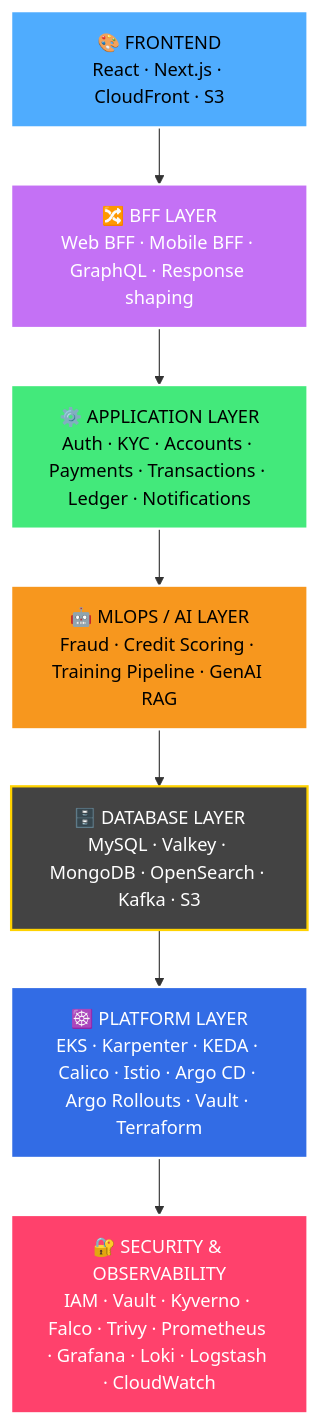
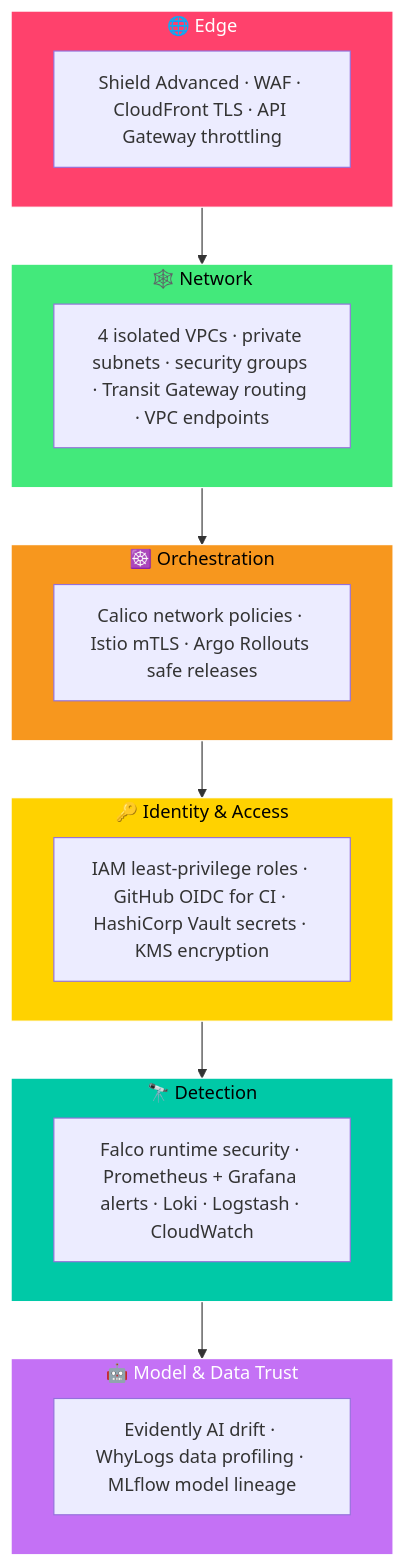
One commit to muntaha747/FinTech-Enterprise-Project changed the eighth of 25 diagrams in README.md. Above: the diagram before and after it, drawn with Mermaid. The commit also changed other lines of this file and 1 other file, not shown here.

First line of the commit message:
README: align the whole README with the two architecture diagrams [skip ci]

````diff
--- a/README.md
+++ b/README.md
@@ -728,20 +565,30 @@
 ```mermaid
 flowchart TB
-    L1["🎨 FRONTEND<br/>React · Next.js · CloudFront · S3"]:::l1
-    L2["🔀 BFF LAYER<br/>Web BFF · Mobile BFF · GraphQL · Response shaping"]:::l2
-    L3["⚙️ APPLICATION LAYER<br/>Auth · KYC · Accounts · Payments · Transactions · Ledger · Notifications"]:::l3
-    L4["🤖 MLOPS / AI LAYER<br/>Fraud · Credit Scoring · Training Pipeline · GenAI RAG"]:::l4
-    L5["🗄️ DATABASE LAYER<br/>MySQL · Valkey · MongoDB · OpenSearch · Kafka · S3"]:::l5
-    L6["☸️ PLATFORM LAYER<br/>EKS · Karpenter · KEDA · Calico · Istio · Argo CD · Argo Rollouts · Vault · Terraform"]:::l6
-    L7["🔐 SECURITY & OBSERVABILITY<br/>IAM · Vault · Kyverno · Falco · Trivy · Prometheus · Grafana · Loki · Logstash · CloudWatch"]:::l7
+    subgraph L1["🌐 Edge"]
+        E1[Shield Advanced · WAF · CloudFront TLS · API Gateway throttling]
+    end
+    subgraph L2["🕸️ Network"]
+        E2[4 isolated VPCs · private subnets · security groups · Transit Gateway routing · VPC endpoints]
+    end
+    subgraph L3["☸️ Orchestration"]
+        E3[Calico network policies · Istio mTLS · Argo Rollouts safe releases]
+    end
+    subgraph L4["🔑 Identity & Access"]
+        E4[IAM least-privilege roles · GitHub OIDC for CI · HashiCorp Vault secrets · KMS encryption]
+    end
+    subgraph L5["🔭 Detection"]
+        E5[Falco runtime security · Prometheus + Grafana alerts · Loki · Logstash · CloudWatch]
+    end
+    subgraph L6["🤖 Model & Data Trust"]
+        E6[Evidently AI drift · WhyLogs data profiling · MLflow model lineage]
+    end
 
-    L1 --> L2 --> L3 --> L4 --> L5 --> L6 --> L7
+    L1 --> L2 --> L3 --> L4 --> L5 --> L6
 
-    classDef l1 fill:#4facfe,color:#000,stroke:#fff,stroke-width:2px
-    classDef l2 fill:#c471f5,color:#fff,stroke:#fff,stroke-width:2px
-    classDef l3 fill:#43e97b,color:#000,stroke:#fff,stroke-width:2px
-    classDef l4 fill:#f7971e,color:#000,stroke:#fff,stroke-width:2px
-    classDef l5 fill:#434343,color:#fff,stroke:#ffd200,stroke-width:2px
-    classDef l6 fill:#326ce5,color:#fff,stroke:#fff,stroke-width:2px
-    classDef l7 fill:#ff416c,color:#fff,stroke:#fff,stroke-width:2px
+    style L1 fill:#ff416c,stroke:#fff,color:#fff
+    style L2 fill:#43e97b,stroke:#fff,color:#000
+    style L3 fill:#f7971e,stroke:#fff,color:#000
+    style L4 fill:#ffd200,stroke:#fff,color:#000
+    style L5 fill:#00c9a7,stroke:#fff,color:#000
+    style L6 fill:#c471f5,stroke:#fff,color:#fff
 ```
````
